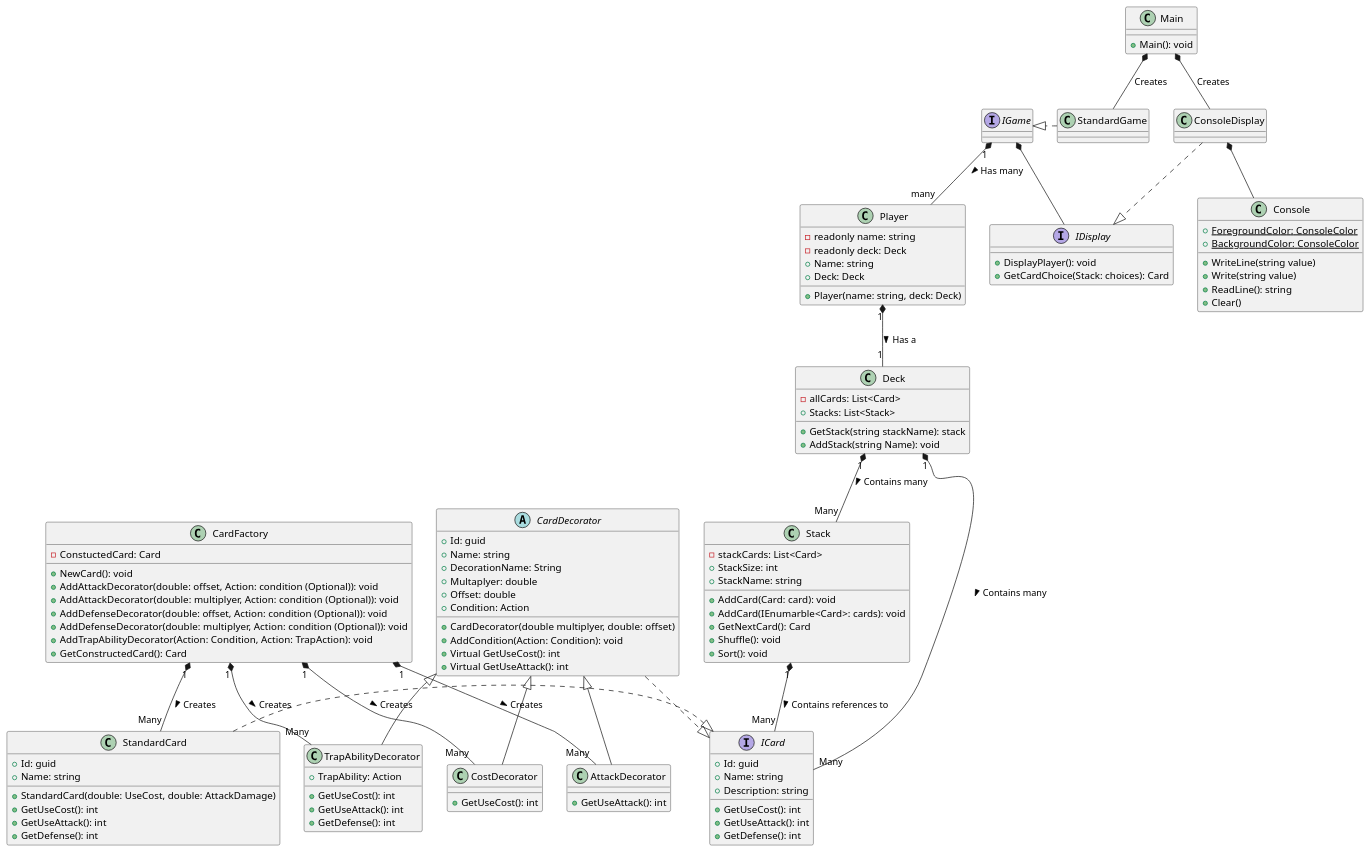
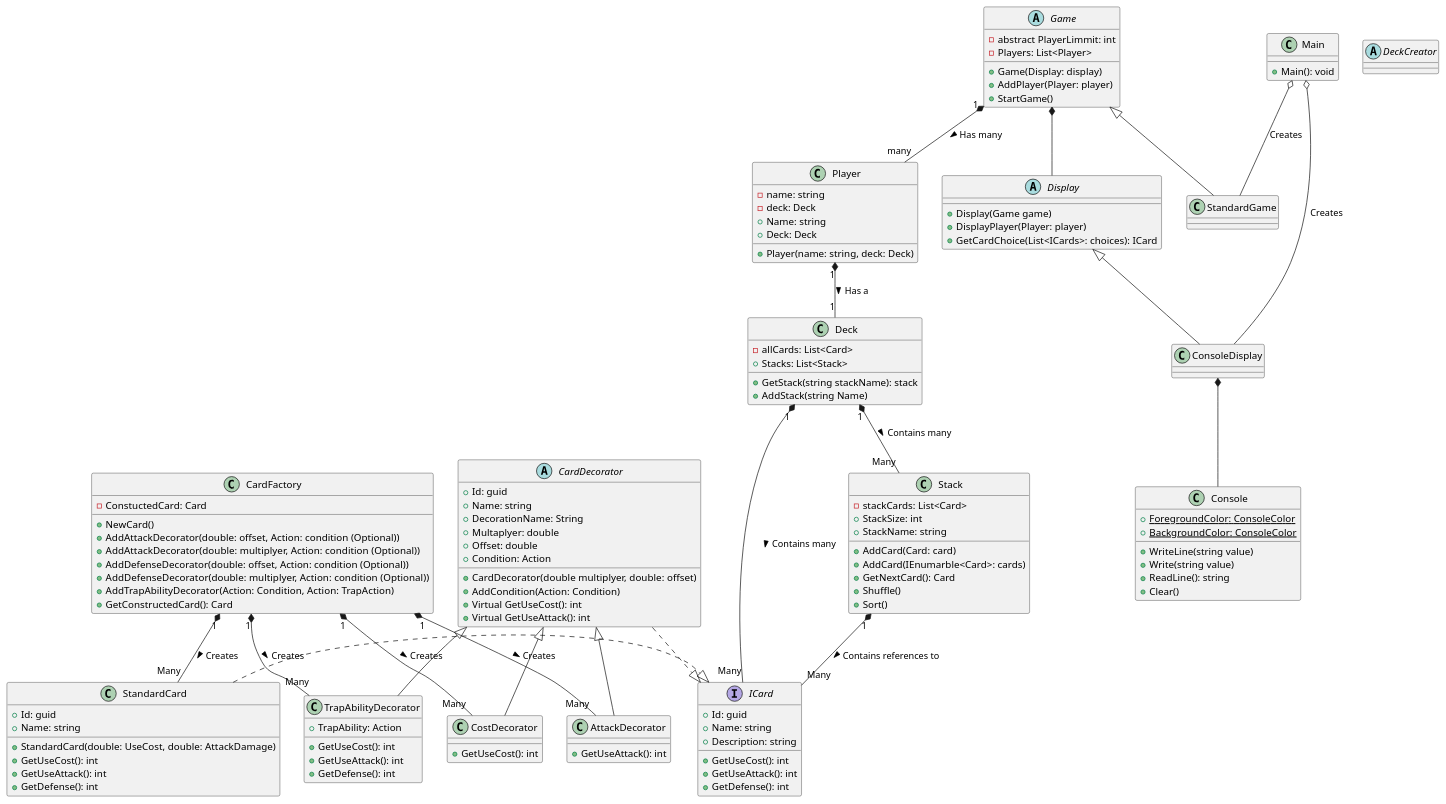
Before and after one commit to KunoDLK/UNIDesignPatternsICA: the diagram in Part 1 - Anlysis/Improved.wsd, drawn with PlantUML.

Commit message:
improved diagram

```diff
--- a/Part 1 - Anlysis/Improved.wsd
+++ b/Part 1 - Anlysis/Improved.wsd
@@ -1,133 +1,147 @@
 @startuml
 
 class Main {
     + Main(): void
-}
-
-interface IGame {
-    
 }
 
 class Console {
     + WriteLine(string value)
     + Write(string value)
     + ReadLine(): string
     + Clear()
     {static} +ForegroundColor: ConsoleColor
     {static} +BackgroundColor: ConsoleColor
 }
 
-interface IDisplay {
-    + DisplayPlayer(): void
-    + GetCardChoice(Stack: choices): Card
+class ConsoleDisplay extends Display {
+
+}
+
+abstract Display {
+    + Display(Game game)
+    + DisplayPlayer(Player: player)
+    + GetCardChoice(List<ICards>: choices): ICard
+}
+
+abstract DeckCreator
+{
+    
+}
+
+class StandardGame extends Game{
+
+}
+
+abstract Game {
+    - abstract PlayerLimmit: int
+    - Players: List<Player>
+    + Game(Display: display)
+    + AddPlayer(Player: player)
+    + StartGame()
 }
 
 class Player {
-    - readonly name: string
-    - readonly deck: Deck
+    - name: string
+    - deck: Deck
     + Player(name: string, deck: Deck)
     + Name: string
     + Deck: Deck
 }
 
 class Deck {
     - allCards: List<Card>
     + Stacks: List<Stack>
     + GetStack(string stackName): stack 
-    + AddStack(string Name): void
+    + AddStack(string Name)
 }
 
 class Stack {
     - stackCards: List<Card>
     + StackSize: int
     + StackName: string
-    + AddCard(Card: card): void
-    + AddCard(IEnumarble<Card>: cards): void
+    + AddCard(Card: card)
+    + AddCard(IEnumarble<Card>: cards)
     + GetNextCard(): Card
-    + Shuffle(): void
-    + Sort(): void
+    + Shuffle()
+    + Sort()
 }
 
 class CardFactory
 {
     - ConstuctedCard: Card
-    + NewCard(): void
-    + AddAttackDecorator(double: offset, Action: condition (Optional)): void
-    + AddAttackDecorator(double: multiplyer, Action: condition (Optional)): void
-    + AddDefenseDecorator(double: offset, Action: condition (Optional)): void
-    + AddDefenseDecorator(double: multiplyer, Action: condition (Optional)): void
-    + AddTrapAbilityDecorator(Action: Condition, Action: TrapAction): void
+    + NewCard()
+    + AddAttackDecorator(double: offset, Action: condition (Optional))
+    + AddAttackDecorator(double: multiplyer, Action: condition (Optional))
+    + AddDefenseDecorator(double: offset, Action: condition (Optional))
+    + AddDefenseDecorator(double: multiplyer, Action: condition (Optional))
+    + AddTrapAbilityDecorator(Action: Condition, Action: TrapAction)
     + GetConstructedCard(): Card
 }
 
 interface ICard {
     + Id: guid
     + Name: string
     + Description: string
     + GetUseCost(): int
     + GetUseAttack(): int
     + GetDefense(): int
 }
 
 abstract CardDecorator {
     + Id: guid
     + Name: string
     + DecorationName: String
     + Multaplyer: double
     + Offset: double
     + Condition: Action
     + CardDecorator(double multiplyer, double: offset)
-    + AddCondition(Action: Condition): void 
+    + AddCondition(Action: Condition)
     + Virtual GetUseCost(): int
     + Virtual GetUseAttack(): int
 }
 
 class AttackDecorator extends CardDecorator {
     + GetUseAttack(): int
 }
 
 class CostDecorator extends CardDecorator {
     + GetUseCost(): int
 }
 
 class TrapAbilityDecorator extends CardDecorator {
     + TrapAbility: Action
     + GetUseCost(): int
     + GetUseAttack(): int
     + GetDefense(): int
 }
 
 class StandardCard {
     + Id: guid
     + Name: string
     + StandardCard(double: UseCost, double: AttackDamage)
     + GetUseCost(): int
     + GetUseAttack(): int
     + GetDefense(): int
 }
 
 
-Main *-- StandardGame: Creates
-Main *-- ConsoleDisplay: Creates
+Main o-- StandardGame: Creates
+Main o-- ConsoleDisplay: Creates
 ConsoleDisplay *-- Console
-IGame *-- IDisplay
-
-ConsoleDisplay .|> IDisplay
-StandardGame .|> IGame
-
-IGame "1" *-- "many" Player : Has many >
+Game *-- Display
+Game "1" *-- "many" Player : Has many >
 
 Player "1" *-- "1" Deck : Has a >
 Deck "1" *-- "Many" Stack : Contains many >
 
 Deck "1" *-- "Many" ICard : Contains many >
 Stack "1" *-- "Many" ICard : Contains references to  >
 
 StandardCard .|> ICard
 CardDecorator .|> ICard
 CardFactory "1" *-- "Many" StandardCard : Creates >
 CardFactory "1" *-- "Many" AttackDecorator : Creates >
 CardFactory "1" *-- "Many" CostDecorator : Creates >
 CardFactory "1" *-- "Many" TrapAbilityDecorator : Creates >
 
 @enduml
```
